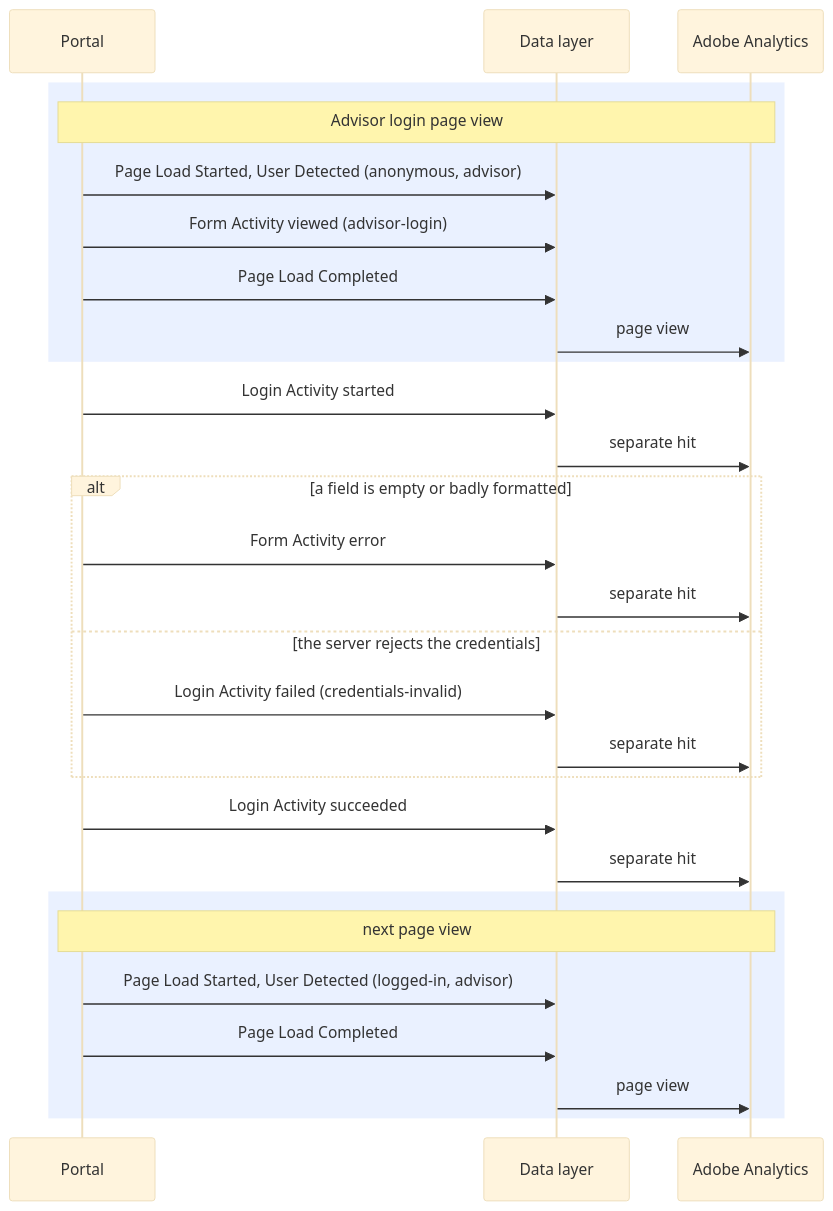
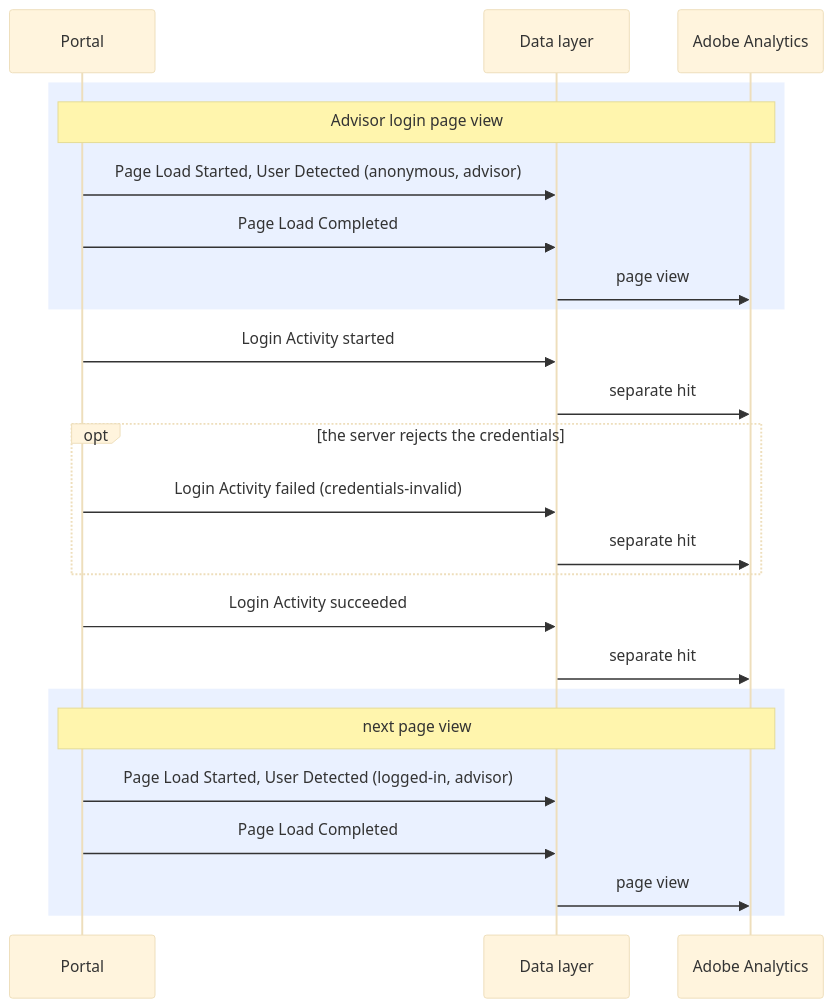
One commit to further-external/client-nyl-gmad-dl-spec changed the diagram in events/login-activity.md. Above: the diagram before and after it, drawn with Mermaid (base theme). The commit also changed other lines of this file and 20 other files, not shown here.

````diff
--- a/events/login-activity.md
+++ b/events/login-activity.md
@@ -51,30 +52,26 @@
 ```mermaid
 sequenceDiagram
   participant UI as Portal
   participant DL as Data layer
   participant AA as Adobe Analytics
   rect rgba(80,140,255,0.12)
     Note over UI,AA: Advisor login page view
     UI->>DL: Page Load Started, User Detected (anonymous, advisor)
-    UI->>DL: Form Activity viewed (advisor-login)
     UI->>DL: Page Load Completed
     DL->>AA: page view
   end
   UI->>DL: Login Activity started
   DL->>AA: separate hit
-  alt a field is empty or badly formatted
-    UI->>DL: Form Activity error
-    DL->>AA: separate hit
-  else the server rejects the credentials
+  opt the server rejects the credentials
     UI->>DL: Login Activity failed (credentials-invalid)
     DL->>AA: separate hit
   end
   UI->>DL: Login Activity succeeded
   DL->>AA: separate hit
   rect rgba(80,140,255,0.12)
     Note over UI,AA: next page view
     UI->>DL: Page Load Started, User Detected (logged-in, advisor)
     UI->>DL: Page Load Completed
     DL->>AA: page view
   end
 ```
````
